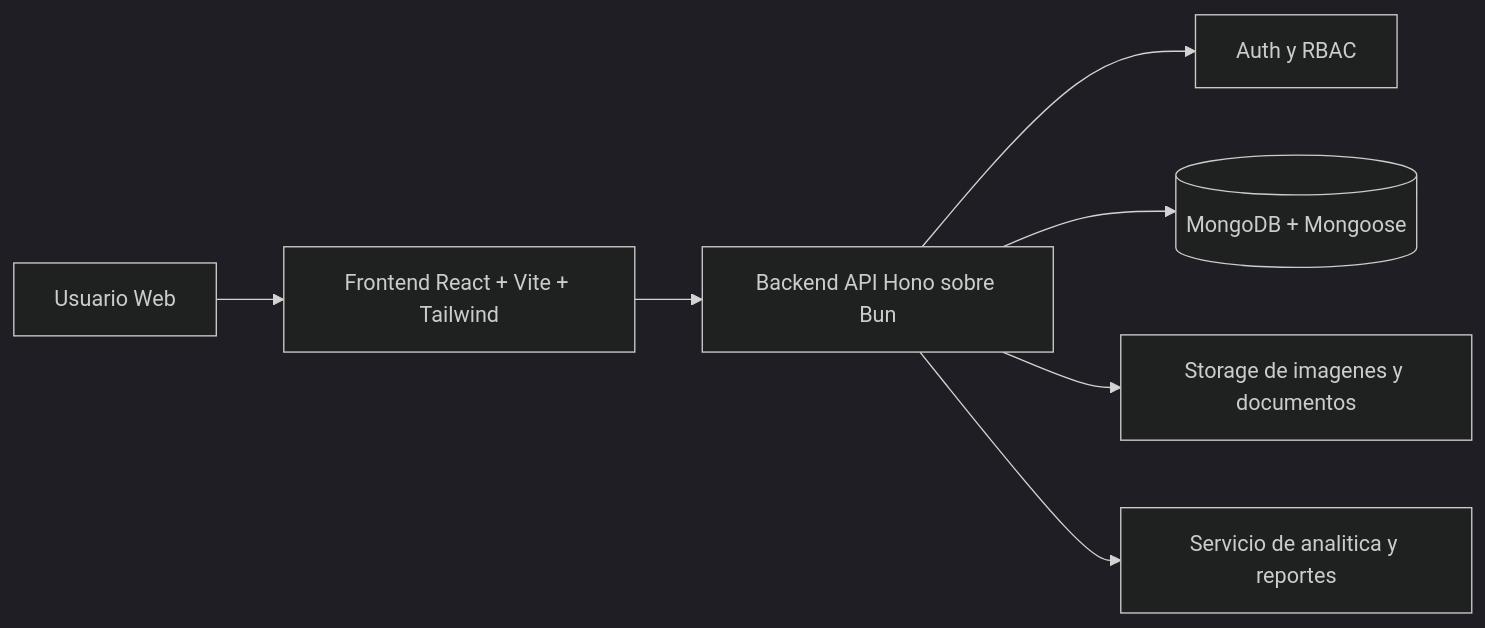
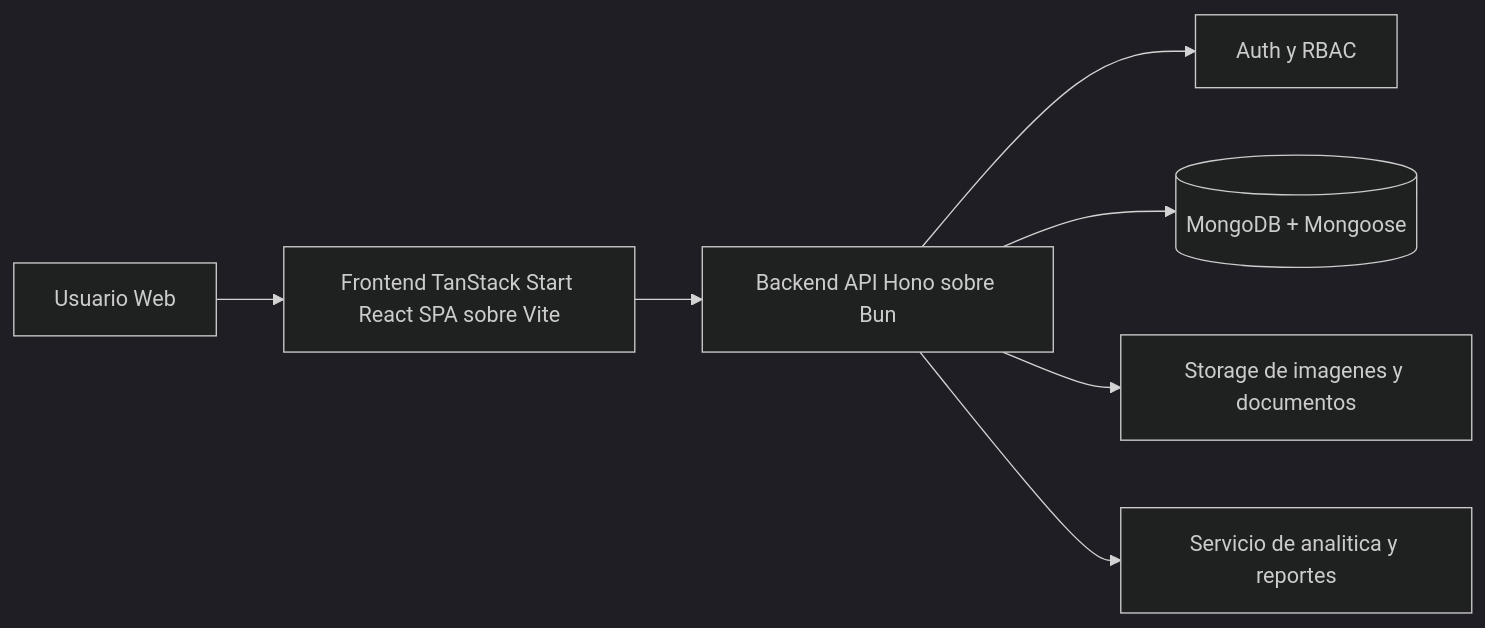
The first of 2 diagrams in docs/ARCHITECTURE.md (1ZH13/TerraShare), drawn with Mermaid (dark theme) before and after one commit. The commit also changed other lines of this file and 3 other files, not shown here.

First line of the commit message:
docs: actualizar stack a TanStack Start (frontend)

````diff
--- a/docs/ARCHITECTURE.md
+++ b/docs/ARCHITECTURE.md
@@ -22,9 +22,9 @@
 ```mermaid
 flowchart LR
-    U[Usuario Web] --> FE[Frontend React + Vite + Tailwind]
+    U[Usuario Web] --> FE[Frontend TanStack Start React SPA sobre Vite]
     FE --> API[Backend API Hono sobre Bun]
     API --> AUTH[Auth y RBAC]
     API --> DB[(MongoDB + Mongoose)]
     API --> STO[Storage de imagenes y documentos]
     API --> ANA[Servicio de analitica y reportes]
 ```
````
